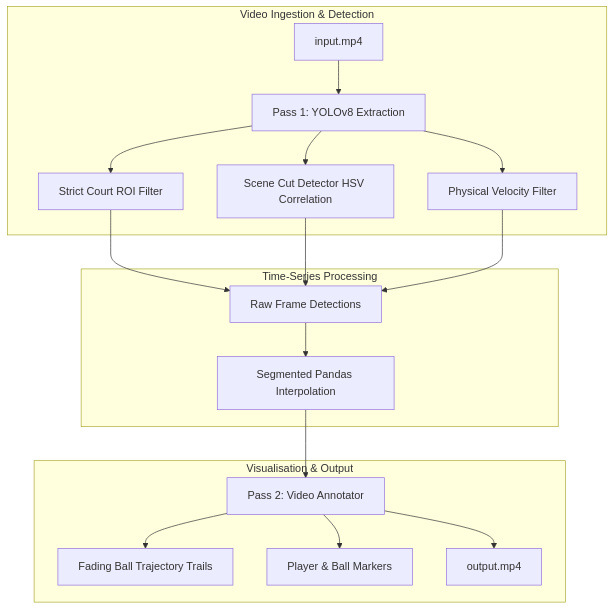
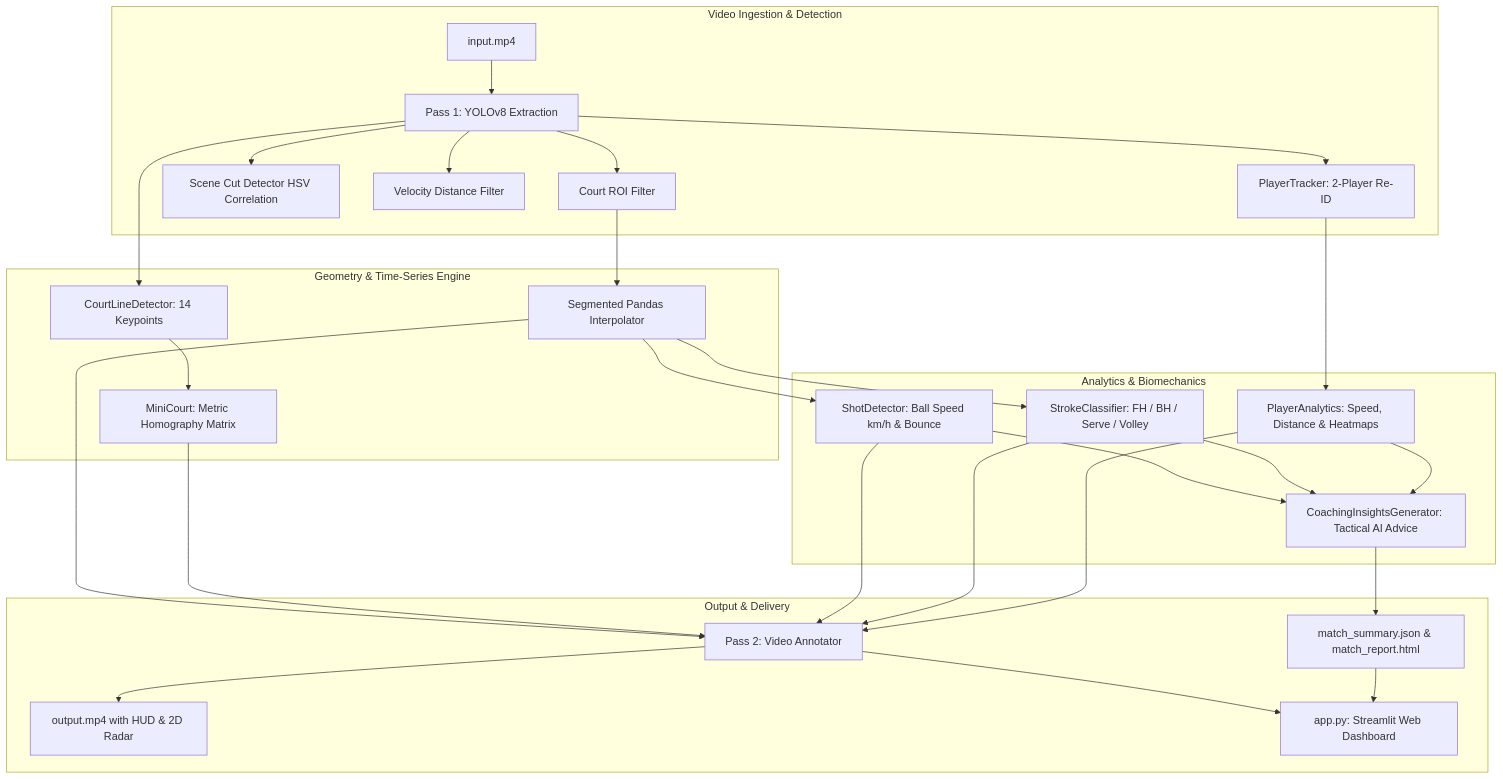
Before and after one commit to water-bear-dev/tennis-visualiser: the diagram in README.md, drawn with Mermaid. The commit also changed other lines of this file and 3 other files, not shown here.

Commit message:
feat: implement automated match reporting suite and complete the AI analytics roadmap documentation

````diff
--- a/README.md
+++ b/README.md
@@ -25,23 +48,37 @@
 ```mermaid
 graph TD
     subgraph Video Ingestion & Detection
         V[input.mp4] --> D[Pass 1: YOLOv8 Extraction]
-        D --> ROI[Strict Court ROI Filter]
+        D --> ROI[Court ROI Filter]
         D --> SC[Scene Cut Detector HSV Correlation]
-        D --> VF[Physical Velocity Filter]
+        D --> VF[Velocity Distance Filter]
+        D --> PT[PlayerTracker: 2-Player Re-ID]
     end
 
-    subgraph Time-Series Processing
-        ROI --> RawData[Raw Frame Detections]
-        SC --> RawData
-        VF --> RawData
-        RawData --> Interp[Segmented Pandas Interpolation]
+    subgraph Geometry & Time-Series Engine
+        ROI --> BI[Segmented Pandas Interpolator]
+        D --> CK[CourtLineDetector: 14 Keypoints]
+        CK --> HM[MiniCourt: Metric Homography Matrix]
     end
 
-    subgraph Visualisation & Output
-        Interp --> V2[Pass 2: Video Annotator]
-        V2 --> Trails[Fading Ball Trajectory Trails]
-        V2 --> Highlights[Player & Ball Markers]
-        V2 --> Out[output.mp4]
+    subgraph Analytics & Biomechanics
+        BI --> SD[ShotDetector: Ball Speed km/h & Bounce]
+        BI --> ST[StrokeClassifier: FH / BH / Serve / Volley]
+        PT --> PA[PlayerAnalytics: Speed, Distance & Heatmaps]
+        SD --> CG[CoachingInsightsGenerator: Tactical AI Advice]
+        ST --> CG
+        PA --> CG
+    end
+
+    subgraph Output & Delivery
+        BI --> V2[Pass 2: Video Annotator]
+        HM --> V2
+        SD --> V2
+        ST --> V2
+        PA --> V2
+        V2 --> Out[output.mp4 with HUD & 2D Radar]
+        CG --> Rep[match_summary.json & match_report.html]
+        V2 --> ST_APP[app.py: Streamlit Web Dashboard]
+        Rep --> ST_APP
     end
 ```
````
